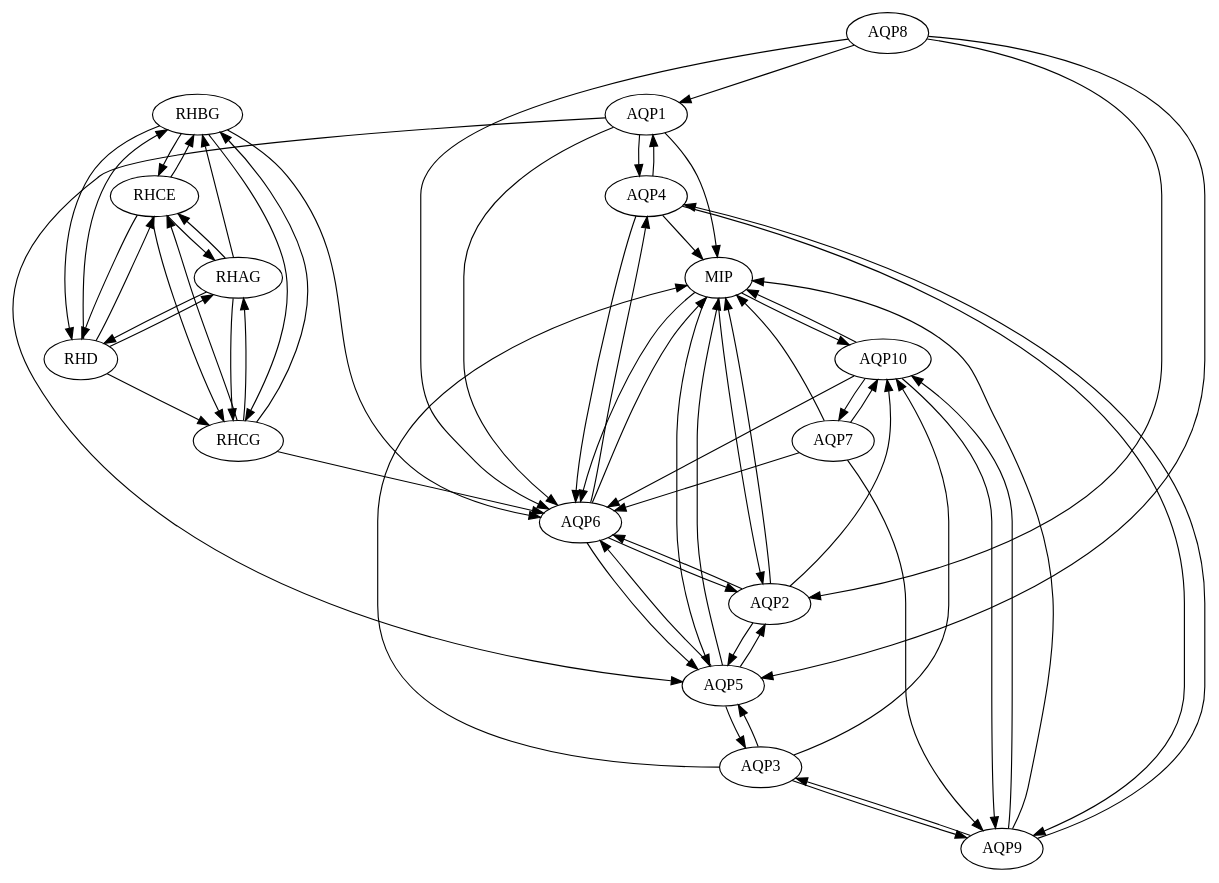
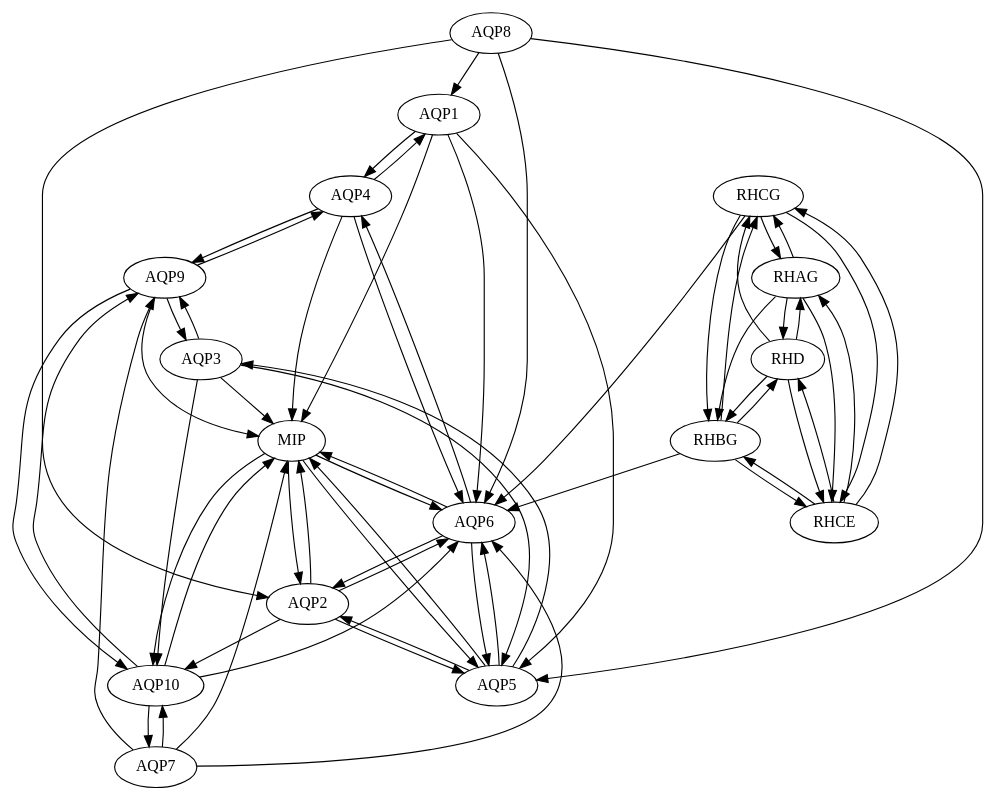
The diagram in v6/graphs/50.graph.dot (leonfrench/map-of-proteins-data), drawn with Graphviz before and after one commit. The commit also changed 457 other files, not shown here.

```diff
--- a/v6/graphs/50.graph.dot
+++ b/v6/graphs/50.graph.dot
@@ -1,82 +1,82 @@
 digraph G {
-"AQP1" ["l"="-29.209347,-17.915613"]
-"AQP10" ["l"="-28.884384,-18.101446"]
-"AQP2" ["l"="-28.752050,-18.108694"]
-"AQP3" ["l"="-28.607597,-17.708982"]
-"AQP4" ["l"="-28.874907,-18.368504"]
-"AQP5" ["l"="-28.803448,-18.428167"]
-"AQP6" ["l"="-28.710218,-18.131565"]
-"AQP7" ["l"="-28.693972,-18.166237"]
-"AQP8" ["l"="-28.695265,-18.163174"]
-"AQP9" ["l"="-28.669140,-18.146982"]
-"MIP" ["l"="-28.755413,-18.489958"]
-"RHAG" ["l"="-28.333979,-18.216867"]
-"RHBG" ["l"="-28.161276,-18.212370"]
-"RHCE" ["l"="-28.229578,-18.230572"]
-"RHCG" ["l"="-28.144352,-18.241747"]
-"RHD" ["l"="-28.108349,-18.268845"]
-"AQP1" -> "AQP4"
-"AQP1" -> "MIP"
-"AQP1" -> "AQP6"
-"AQP1" -> "AQP5"
-"AQP10" -> "MIP"
-"AQP10" -> "AQP7"
-"AQP10" -> "AQP6"
-"AQP10" -> "AQP9"
-"AQP2" -> "MIP"
-"AQP2" -> "AQP6"
-"AQP2" -> "AQP5"
-"AQP2" -> "AQP10"
-"AQP3" -> "AQP5"
-"AQP3" -> "MIP"
-"AQP3" -> "AQP9"
-"AQP3" -> "AQP10"
-"AQP4" -> "AQP1"
-"AQP4" -> "AQP6"
-"AQP4" -> "MIP"
-"AQP4" -> "AQP9"
-"AQP5" -> "AQP6"
-"AQP5" -> "MIP"
-"AQP5" -> "AQP2"
-"AQP5" -> "AQP3"
-"AQP6" -> "MIP"
-"AQP6" -> "AQP5"
-"AQP6" -> "AQP2"
-"AQP6" -> "AQP4"
-"AQP7" -> "AQP10"
-"AQP7" -> "MIP"
-"AQP7" -> "AQP6"
-"AQP7" -> "AQP9"
-"AQP8" -> "AQP5"
-"AQP8" -> "AQP6"
-"AQP8" -> "AQP2"
-"AQP8" -> "AQP1"
-"AQP9" -> "AQP10"
-"AQP9" -> "AQP4"
-"AQP9" -> "MIP"
-"AQP9" -> "AQP3"
-"MIP" -> "AQP6"
-"MIP" -> "AQP2"
-"MIP" -> "AQP10"
-"MIP" -> "AQP5"
-"RHAG" -> "RHD"
-"RHAG" -> "RHCE"
-"RHAG" -> "RHCG"
-"RHAG" -> "RHBG"
-"RHBG" -> "RHCG"
-"RHBG" -> "RHD"
-"RHBG" -> "AQP6"
-"RHBG" -> "RHCE"
-"RHCE" -> "RHD"
-"RHCE" -> "RHAG"
-"RHCE" -> "RHCG"
-"RHCE" -> "RHBG"
-"RHCG" -> "RHBG"
-"RHCG" -> "RHAG"
-"RHCG" -> "AQP6"
-"RHCG" -> "RHCE"
-"RHD" -> "RHCE"
-"RHD" -> "RHAG"
-"RHD" -> "RHBG"
-"RHD" -> "RHCG"
+"AQP1" -> "AQP4";
+"AQP1" -> "MIP";
+"AQP1" -> "AQP6";
+"AQP1" -> "AQP5";
+"AQP10" -> "MIP";
+"AQP10" -> "AQP7";
+"AQP10" -> "AQP6";
+"AQP10" -> "AQP9";
+"AQP2" -> "MIP";
+"AQP2" -> "AQP6";
+"AQP2" -> "AQP5";
+"AQP2" -> "AQP10";
+"AQP3" -> "AQP5";
+"AQP3" -> "MIP";
+"AQP3" -> "AQP9";
+"AQP3" -> "AQP10";
+"AQP4" -> "AQP1";
+"AQP4" -> "AQP6";
+"AQP4" -> "MIP";
+"AQP4" -> "AQP9";
+"AQP5" -> "AQP6";
+"AQP5" -> "MIP";
+"AQP5" -> "AQP2";
+"AQP5" -> "AQP3";
+"AQP6" -> "MIP";
+"AQP6" -> "AQP5";
+"AQP6" -> "AQP2";
+"AQP6" -> "AQP4";
+"AQP7" -> "AQP10";
+"AQP7" -> "MIP";
+"AQP7" -> "AQP6";
+"AQP7" -> "AQP9";
+"AQP8" -> "AQP5";
+"AQP8" -> "AQP6";
+"AQP8" -> "AQP2";
+"AQP8" -> "AQP1";
+"AQP9" -> "AQP10";
+"AQP9" -> "AQP4";
+"AQP9" -> "MIP";
+"AQP9" -> "AQP3";
+"MIP" -> "AQP6";
+"MIP" -> "AQP2";
+"MIP" -> "AQP10";
+"MIP" -> "AQP5";
+"RHAG" -> "RHD";
+"RHAG" -> "RHCE";
+"RHAG" -> "RHCG";
+"RHAG" -> "RHBG";
+"RHBG" -> "RHCG";
+"RHBG" -> "RHD";
+"RHBG" -> "AQP6";
+"RHBG" -> "RHCE";
+"RHCE" -> "RHD";
+"RHCE" -> "RHAG";
+"RHCE" -> "RHCG";
+"RHCE" -> "RHBG";
+"RHCG" -> "RHBG";
+"RHCG" -> "RHAG";
+"RHCG" -> "AQP6";
+"RHCG" -> "RHCE";
+"RHD" -> "RHCE";
+"RHD" -> "RHAG";
+"RHD" -> "RHBG";
+"RHD" -> "RHCG";
+"AQP1" ["l"="-29.209347,-17.915613"];
+"AQP10" ["l"="-28.884384,-18.101446"];
+"AQP2" ["l"="-28.752050,-18.108694"];
+"AQP3" ["l"="-28.607597,-17.708982"];
+"AQP4" ["l"="-28.874907,-18.368504"];
+"AQP5" ["l"="-28.803448,-18.428167"];
+"AQP6" ["l"="-28.710218,-18.131565"];
+"AQP7" ["l"="-28.693972,-18.166237"];
+"AQP8" ["l"="-28.695265,-18.163174"];
+"AQP9" ["l"="-28.669140,-18.146982"];
+"MIP" ["l"="-28.755413,-18.489958"];
+"RHAG" ["l"="-28.333979,-18.216867"];
+"RHBG" ["l"="-28.161276,-18.212370"];
+"RHCE" ["l"="-28.229578,-18.230572"];
+"RHCG" ["l"="-28.144352,-18.241747"];
+"RHD" ["l"="-28.108349,-18.268845"];
 }
```
